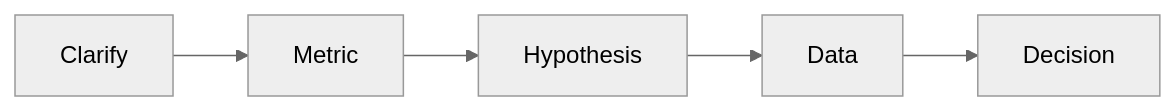
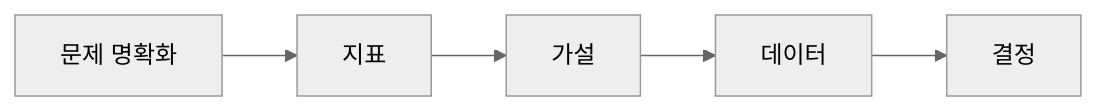
The diagram in content/data-science-career-101/ko/07-case-interview.md (yeongseon-books/book-content), drawn with Mermaid (neutral theme) before and after one commit. The commit also changed other lines of this file and 9 other files, not shown here.

````diff
--- a/content/data-science-career-101/ko/07-case-interview.md
+++ b/content/data-science-career-101/ko/07-case-interview.md
@@ -33,7 +41,7 @@
 ```mermaid
 flowchart LR
-    Q[Clarify] --> M[Metric]
-    M --> H[Hypothesis]
-    H --> D[Data]
-    D --> Dec[Decision]
+    Q[문제 명확화] --> M[지표]
+    M --> H[가설]
+    H --> D[데이터]
+    D --> Dec[결정]
 ```
````
